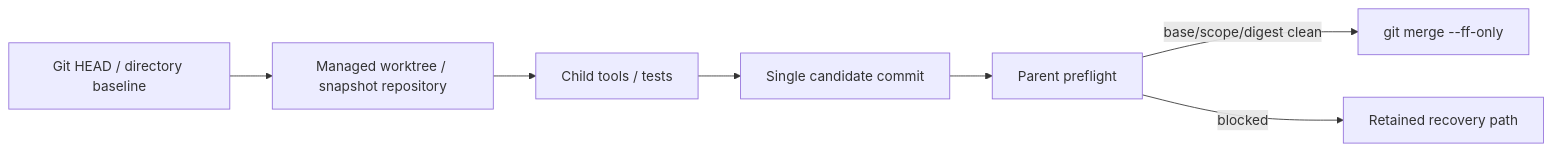
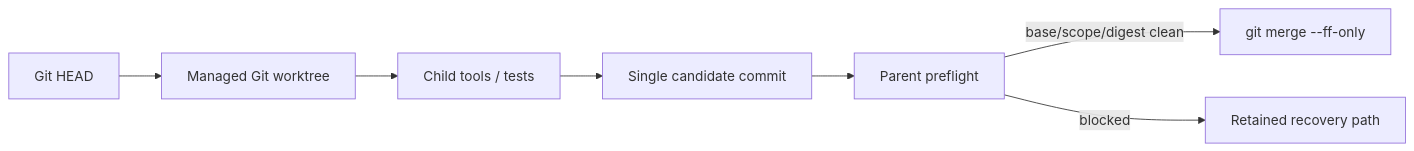
One commit to zr314/praxis-architecture-showcase changed the diagram in docs/workflow-platform.md. Above: the diagram before and after it, drawn with Mermaid. The commit also changed other lines of this file and 338 other files, not shown here.

````diff
--- a/docs/workflow-platform.md
+++ b/docs/workflow-platform.md
@@ -135,9 +135,9 @@
 ```mermaid
 flowchart LR
-    A["Git HEAD / directory baseline"] --> B["Managed worktree / snapshot repository"]
+    A["Git HEAD"] --> B["Managed Git worktree"]
     B --> C["Child tools / tests"]
     C --> D["Single candidate commit"]
     D --> E["Parent preflight"]
     E -->|"base/scope/digest clean"| F["git merge --ff-only"]
     E -->|"blocked"| R["Retained recovery path"]
 ```
````
